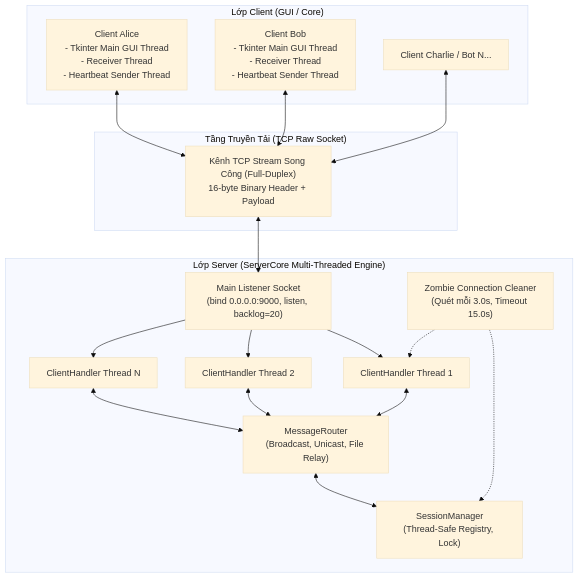
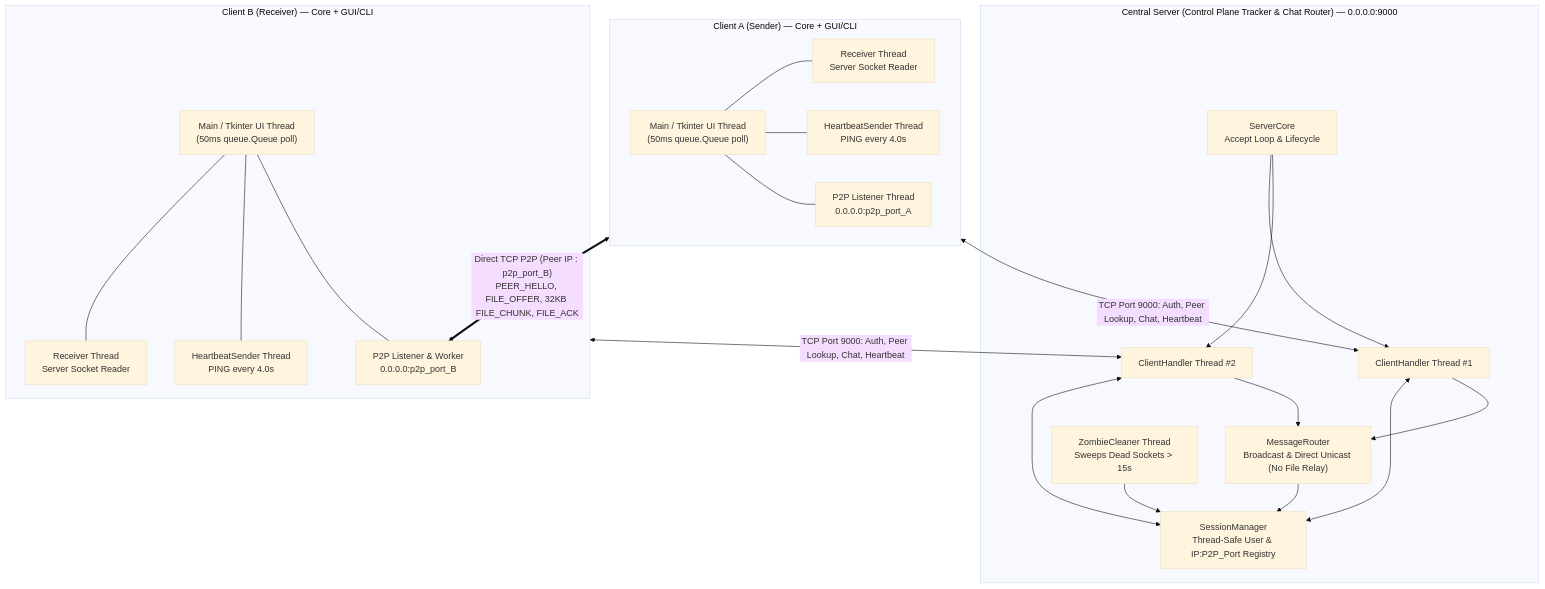
One commit to QuanNguyenCS/DISTRIBUTED-CLIENT-SERVER-COLLABORATION-APPLICATION changed the first of 9 diagrams in docs/technical_report.md. Above: the diagram before and after it, drawn with Mermaid (base theme). The commit also changed other lines of this file and 29 other files, not shown here.

````diff
--- a/docs/technical_report.md
+++ b/docs/technical_report.md
@@ -30,36 +85,43 @@
 ```mermaid
-flowchart TD
-    subgraph Clients ["Lớp Client (GUI / Core)"]
-        C1["Client Alice<br/>- Tkinter Main GUI Thread<br/>- Receiver Thread<br/>- Heartbeat Sender Thread"]
-        C2["Client Bob<br/>- Tkinter Main GUI Thread<br/>- Receiver Thread<br/>- Heartbeat Sender Thread"]
-        CN["Client Charlie / Bot N..."]
+flowchart TB
+    subgraph ServerHost["Central Server (Control Plane Tracker & Chat Router) — 0.0.0.0:9000"]
+        SC["ServerCore<br/>Accept Loop & Lifecycle"]
+        SM["SessionManager<br/>Thread-Safe User & IP:P2P_Port Registry"]
+        MR["MessageRouter<br/>Broadcast & Direct Unicast (No File Relay)"]
+        ZC["ZombieCleaner Thread<br/>Sweeps Dead Sockets > 15s"]
+        CH1["ClientHandler Thread #1"]
+        CH2["ClientHandler Thread #2"]
+        SC --> CH1
+        SC --> CH2
+        CH1 <--> SM
+        CH2 <--> SM
+        CH1 --> MR
+        CH2 --> MR
+        MR --> SM
+        ZC --> SM
     end
 
-    subgraph Network ["Tầng Truyền Tải (TCP Raw Socket)"]
-        TCP_STREAM["Kênh TCP Stream Song Công (Full-Duplex)<br/>16-byte Binary Header + Payload"]
+    subgraph ClientA["Client A (Sender) — Core + GUI/CLI"]
+        CA_UI["Main / Tkinter UI Thread<br/>(50ms queue.Queue poll)"]
+        CA_RX["Receiver Thread<br/>Server Socket Reader"]
+        CA_HB["HeartbeatSender Thread<br/>PING every 4.0s"]
+        CA_P2P["P2P Listener Thread<br/>0.0.0.0:p2p_port_A"]
+        CA_UI --- CA_RX
+        CA_UI --- CA_HB
+        CA_UI --- CA_P2P
     end
 
-    subgraph Server ["Lớp Server (ServerCore Multi-Threaded Engine)"]
-        Listener["Main Listener Socket<br/>(bind 0.0.0.0:9000, listen, backlog=20)"]
-        ZombieCleaner["Zombie Connection Cleaner<br/>(Quét mỗi 3.0s, Timeout 15.0s)"]
-        SessionMgr["SessionManager<br/>(Thread-Safe Registry, Lock)"]
-        Router["MessageRouter<br/>(Broadcast, Unicast, File Relay)"]
-        H1["ClientHandler Thread 1"]
-        H2["ClientHandler Thread 2"]
-        HN["ClientHandler Thread N"]
+    subgraph ClientB["Client B (Receiver) — Core + GUI/CLI"]
+        CB_UI["Main / Tkinter UI Thread<br/>(50ms queue.Queue poll)"]
+        CB_RX["Receiver Thread<br/>Server Socket Reader"]
+        CB_HB["HeartbeatSender Thread<br/>PING every 4.0s"]
+        CB_P2P["P2P Listener & Worker<br/>0.0.0.0:p2p_port_B"]
+        CB_UI --- CB_RX
+        CB_UI --- CB_HB
+        CB_UI --- CB_P2P
     end
 
-    C1 <--> TCP_STREAM
-    C2 <--> TCP_STREAM
-    CN <--> TCP_STREAM
-    TCP_STREAM <--> Listener
-    Listener --> H1
-    Listener --> H2
-    Listener --> HN
-    H1 <--> Router
-    H2 <--> Router
-    HN <--> Router
-    Router <--> SessionMgr
-    ZombieCleaner -.-> SessionMgr
-    ZombieCleaner -.-> H1
+    ClientA <-->|"TCP Port 9000: Auth, Peer Lookup, Chat, Heartbeat"| CH1
+    ClientB <-->|"TCP Port 9000: Auth, Peer Lookup, Chat, Heartbeat"| CH2
+    ClientA <==>|"Direct TCP P2P (Peer IP : p2p_port_B)<br/>PEER_HELLO, FILE_OFFER, 32KB FILE_CHUNK, FILE_ACK"| CB_P2P
 ```
````
